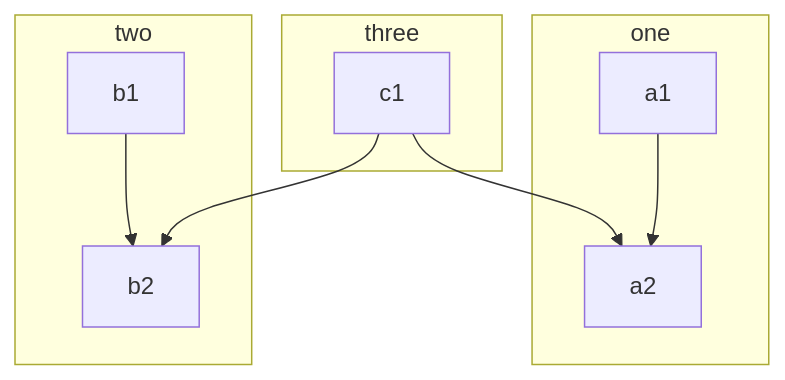
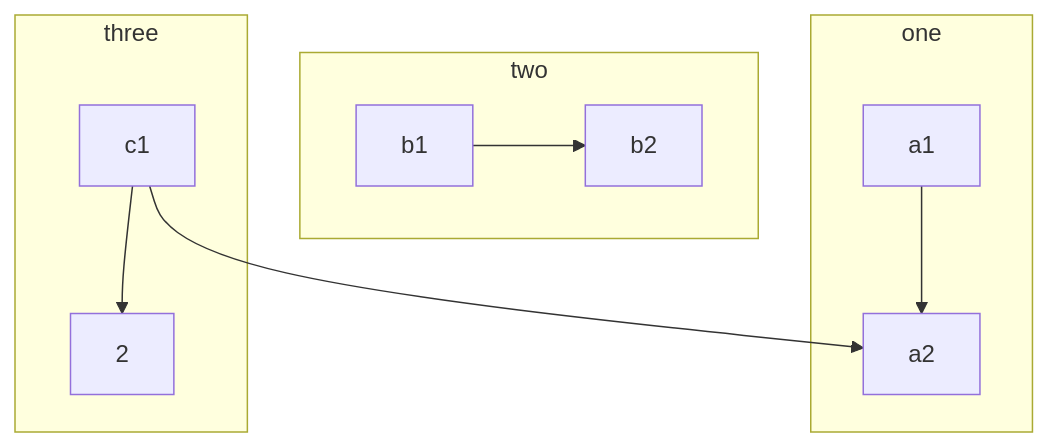
One commit to gerbssusd/dok changed the diagram in slides.md. Above: the diagram before and after it, drawn with Mermaid.

````diff
--- a/slides.md
+++ b/slides.md
@@ -217,19 +217,19 @@
 ```mermaid
 flowchart TB
     c1-->a2
     subgraph one
     a1-->a2
     end
     subgraph two
     b1-->b2
     end
     subgraph three
-    c1-->b2
+    c1-->2
     end
 
 
 
 
 
 
 ```
````
